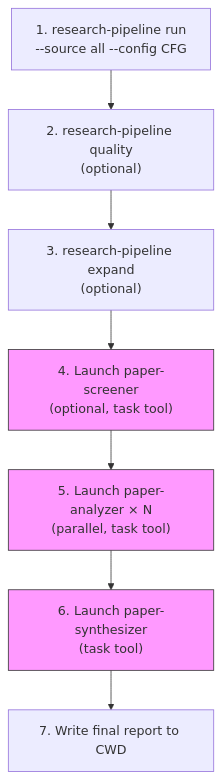
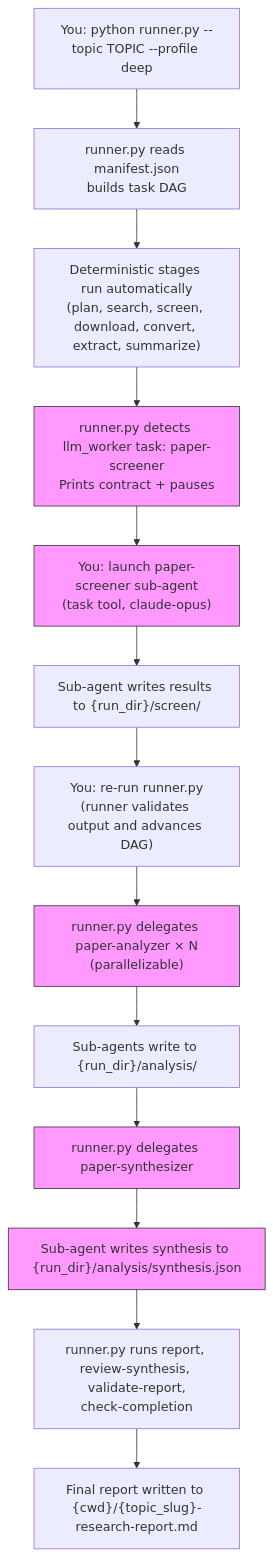
One commit to grammy-jiang/research-pipeline changed the diagram in src/research_pipeline/skill_data/research-pipeline/references/sub-agents.md. Above: the diagram before and after it, drawn with Mermaid. The commit also changed other lines of this file and 7 other files, not shown here.

First line of the commit message:
fix: resolve 7 skill workflow bugs across research-pipeline and daily-ai-intelligence skills

````diff
--- a/src/research_pipeline/skill_data/research-pipeline/references/sub-agents.md
+++ b/src/research_pipeline/skill_data/research-pipeline/references/sub-agents.md
@@ -139,14 +144,22 @@
 ```mermaid
 flowchart TD
-    A["1. research-pipeline run<br/>--source all --config CFG"] --> B
-    B["2. research-pipeline quality<br/>(optional)"] --> C
-    C["3. research-pipeline expand<br/>(optional)"] --> D
-    D["4. Launch paper-screener<br/>(optional, task tool)"] --> E
-    E["5. Launch paper-analyzer × N<br/>(parallel, task tool)"] --> F
-    F["6. Launch paper-synthesizer<br/>(task tool)"] --> G
-    G["7. Write final report to CWD"]
+    A["You: python runner.py --topic TOPIC --profile deep"] --> B
+    B["runner.py reads manifest.json<br/>builds task DAG"] --> C
+    C["Deterministic stages run automatically<br/>(plan, search, screen, download, convert, extract, summarize)"] --> D
+    D["runner.py detects llm_worker task: paper-screener<br/>Prints contract + pauses"] --> E
+    E["You: launch paper-screener sub-agent<br/>(task tool, claude-opus)"] --> F
+    F["Sub-agent writes results to {run_dir}/screen/"] --> G
+    G["You: re-run runner.py<br/>(runner validates output and advances DAG)"] --> H
+    H["runner.py delegates paper-analyzer × N<br/>(parallelizable)"] --> I
+    I["Sub-agents write to {run_dir}/analysis/"] --> J
+    J["runner.py delegates paper-synthesizer"] --> K
+    K["Sub-agent writes synthesis to {run_dir}/analysis/synthesis.json"] --> L
+    L["runner.py runs report, review-synthesis, validate-report,<br/>check-completion"] --> M
+    M["Final report written to {cwd}/{topic_slug}-research-report.md"]
 
     style D fill:#f9f,stroke:#333
     style E fill:#f9f,stroke:#333
-    style F fill:#f9f,stroke:#333
+    style H fill:#f9f,stroke:#333
+    style J fill:#f9f,stroke:#333
+    style K fill:#f9f,stroke:#333
 ```
````
